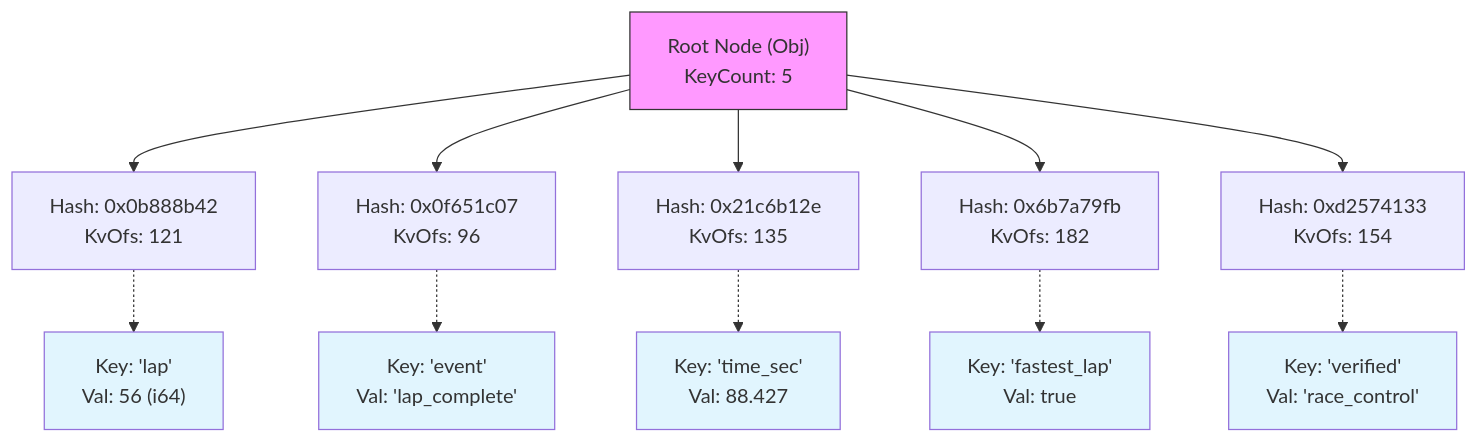
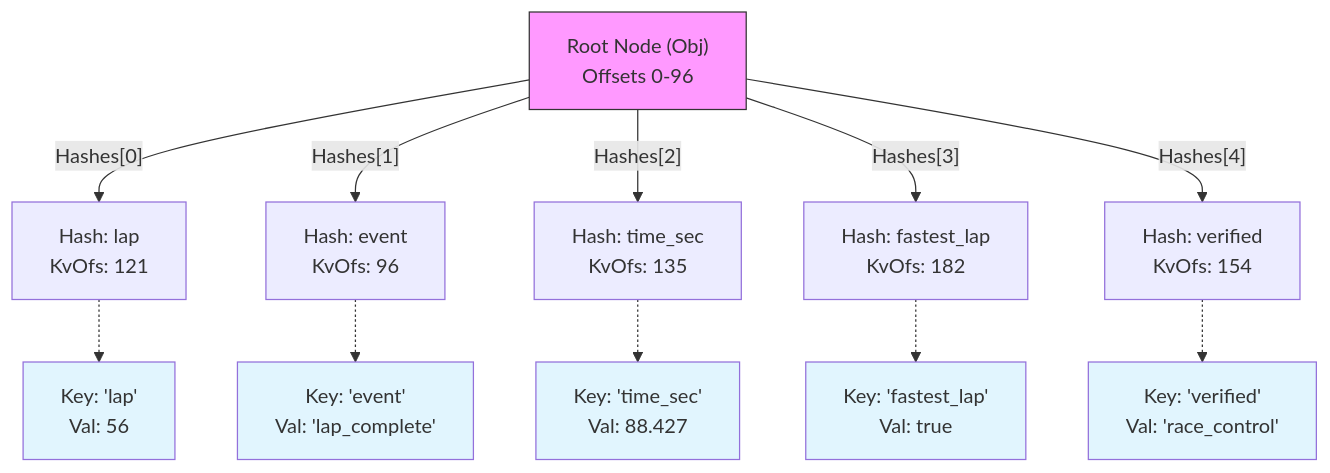
The diagram in examples/buffer_api/01-building-messages-binary-format-explained.md (blep/lite3), drawn with Mermaid before and after one commit. The commit also changed other lines of this file, not shown here.

````diff
--- a/examples/buffer_api/01-building-messages-binary-format-explained.md
+++ b/examples/buffer_api/01-building-messages-binary-format-explained.md
@@ -116,29 +163,29 @@
 ```mermaid
 graph TD
-    Root["Root Node (Obj)<br>KeyCount: 5"]
+    Root["Root Node (Obj)<br>Offsets 0-96"]
     
-    Hash0["Hash: 0x0b888b42<br>KvOfs: 121"]
-    Hash1["Hash: 0x0f651c07<br>KvOfs: 96"]
-    Hash2["Hash: 0x21c6b12e<br>KvOfs: 135"]
-    Hash3["Hash: 0x6b7a79fb<br>KvOfs: 182"]
-    Hash4["Hash: 0xd2574133<br>KvOfs: 154"]
+    Hash0["Hash: lap<br>KvOfs: 121"]
+    Hash1["Hash: event<br>KvOfs: 96"]
+    Hash2["Hash: time_sec<br>KvOfs: 135"]
+    Hash3["Hash: fastest_lap<br>KvOfs: 182"]
+    Hash4["Hash: verified<br>KvOfs: 154"]
 
-    Root --> Hash0
-    Root --> Hash1
-    Root --> Hash2
-    Root --> Hash3
-    Root --> Hash4
+    Root -- "Hashes[0]" --> Hash0
+    Root -- "Hashes[1]" --> Hash1
+    Root -- "Hashes[2]" --> Hash2
+    Root -- "Hashes[3]" --> Hash3
+    Root -- "Hashes[4]" --> Hash4
 
-    Hash0 -.-> Val0["Key: 'lap'<br>Val: 56 (i64)"]
+    Hash0 -.-> Val0["Key: 'lap'<br>Val: 56"]
     Hash1 -.-> Val1["Key: 'event'<br>Val: 'lap_complete'"]
     Hash2 -.-> Val2["Key: 'time_sec'<br>Val: 88.427"]
     Hash3 -.-> Val3["Key: 'fastest_lap'<br>Val: true"]
     Hash4 -.-> Val4["Key: 'verified'<br>Val: 'race_control'"]
     
     style Root fill:#f9f,stroke:#333
     style Val0 fill:#e1f5fe
     style Val1 fill:#e1f5fe
     style Val2 fill:#e1f5fe
     style Val3 fill:#e1f5fe
     style Val4 fill:#e1f5fe
 ```
````
